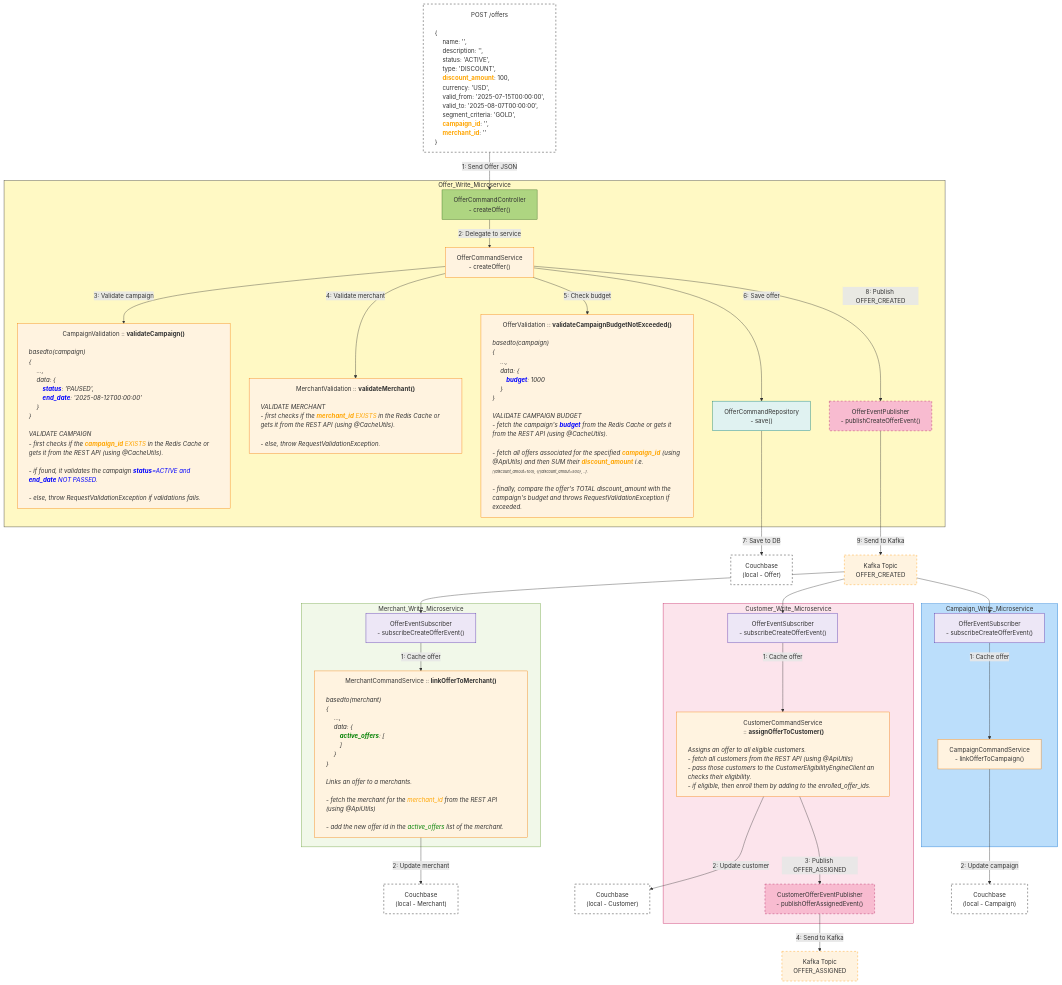
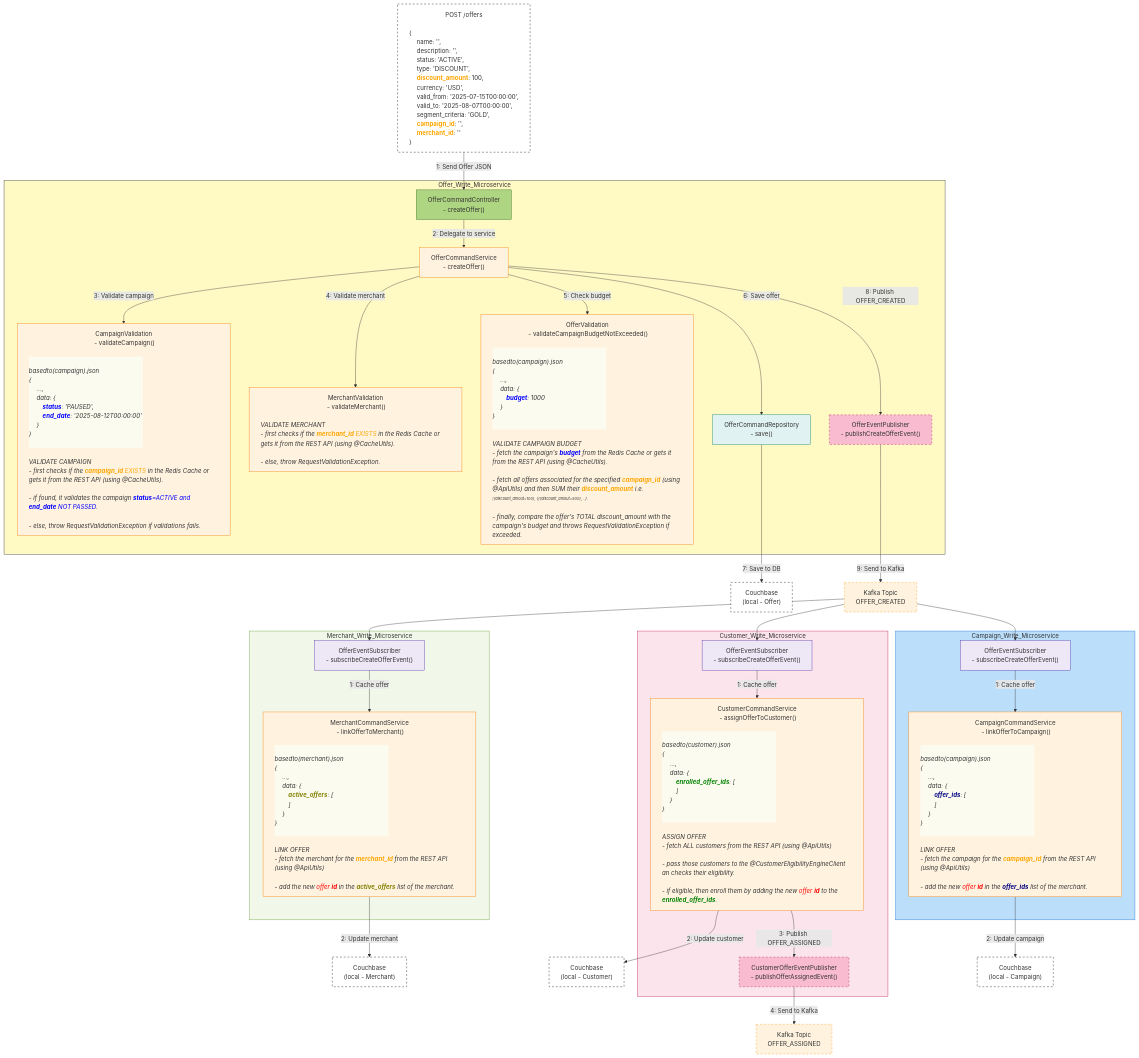
The diagram in _readme_assets/offer_create.mmd (aakashkumar1980/apps-microservices), drawn with Mermaid before and after one commit.

Commit message:
code refactor

```diff
--- a/_readme_assets/offer_create.mmd
+++ b/_readme_assets/offer_create.mmd
@@ -1,165 +1,197 @@
 %%{ init: { "flowchart": { "htmlLabels": true, "wrappingWidth": 500 } } }%%
 flowchart TD
 
 %% REST Client
     POSTMAN["POST /offers
     <div style='text-align: left'>
 {
 #emsp; name: '',
 #emsp; description: '',
 #emsp; status: 'ACTIVE',
 #emsp; type: 'DISCOUNT',
 #emsp; <font color=orange><b> discount_amount</b></font>: 100,
 #emsp; currency: 'USD',
 #emsp; valid_from: '2025-07-15T00:00:00',
 #emsp; valid_to: '2025-08-07T00:00:00',
 #emsp; segment_criteria: 'GOLD',
 #emsp; <font color=orange><b>campaign_id</b></font>: '',
 #emsp; <font color=orange><b>merchant_id</b></font>: ''
 }
 </div>
 "]:::external
 
 %% Offer Write Microservice
 subgraph Offer_Write_Microservice
 style Offer_Write_Microservice fill:#FFF9C4,stroke:#333,stroke-width:1px
 
-OCC["OfferCommandController<br>- createOffer()"]:::controller
-OCS["OfferCommandService<br>- createOffer()"]:::service
+OCC["OfferCommandController<br> - createOffer()"]:::controller
+OCS["OfferCommandService<br> - createOffer()"]:::service
 
-CV["CampaignValidation :: <b>validateCampaign()</b>
+CV["CampaignValidation<br> - validateCampaign()
 <div style='text-align:left; font-style: italic;'>
-basedto(campaign)
+<div style='background-color:rgb(252, 251, 240); width:300px;'>
+basedto(campaign).json
 {
 #emsp; ...,
 #emsp; data: {
 #emsp;#emsp; <font color=blue><b>status</b></font>: 'PAUSED',
 #emsp;#emsp; <font color=blue><b>end_date</b></font>: '2025-08-12T00:00:00'
 #emsp; }
 }<br>
+</div>
 VALIDATE CAMPAIGN
 - first checks if the <font color=orange><b>campaign_id</b> EXISTS</font> in the Redis Cache or gets it from the REST API (using @CacheUtils).<br>
 - if found, it validates the campaign <font color=blue><b>status</b>=ACTIVE and <b>end_date</b> NOT PASSED</font>.<br>
 - else, throw RequestValidationException if validations fails.
 </div>
 "]:::service
 
-MV["MerchantValidation :: <b>validateMerchant()</b>
+MV["MerchantValidation<br> - validateMerchant()
 <div style='text-align:left; font-style: italic;'>
 VALIDATE MERCHANT
 - first checks if the <font color=orange><b>merchant_id</b> EXISTS</font> in the Redis Cache or gets it from the REST API (using @CacheUtils).<br>
 - else, throw RequestValidationException.
 </div>
 "]:::service
 
-OV["OfferValidation :: <b>validateCampaignBudgetNotExceeded()</b>
+OV["OfferValidation<br> - validateCampaignBudgetNotExceeded()
 <div style='text-align:left; font-style: italic;'>
-basedto(campaign)
+<div style='background-color:rgb(252, 251, 240); width:300px;'>
+basedto(campaign).json
 {
 #emsp; ...,
 #emsp; data: {
 #emsp;#emsp; <font color=blue><b>budget</b></font>: 1000
 #emsp; }
 }<br>
+</div>
 VALIDATE CAMPAIGN BUDGET
 - fetch the campaign's <font color=blue><b>budget</b></font> from the Redis Cache or gets it from the REST API (using @CacheUtils).<br>
 - fetch all offers associated for the specified <font color=orange><b>campaign_id</b></font> (using @ApiUtils) and then SUM their <font color=orange><b>discount_amount</b></font> i.e. <font size=1.5em>[{discount_amout=100}, {[{discount_amout=500}, ..].</font><br>
 - finally, compare the offer's TOTAL discount_amount with the campaign's budget and throws RequestValidationException if exceeded.
 </div>
 "]:::service
 
-OCR["OfferCommandRepository<br>- save()"]:::repository
-OEP["OfferEventPublisher<br>- publishCreateOfferEvent()"]:::event
+OCR["OfferCommandRepository<br> - save()"]:::repository
+OEP["OfferEventPublisher<br> - publishCreateOfferEvent()"]:::event
 end
 
 %% Merchant Subscriber
 subgraph Merchant_Write_Microservice
 style Merchant_Write_Microservice fill:#F1F8E9,stroke:#689F38,stroke-width:1px
 
-MES["OfferEventSubscriber<br>- subscribeCreateOfferEvent()"]:::subscriber
-MC["MerchantCommandService :: <b>linkOfferToMerchant()</b>
+MES["OfferEventSubscriber<br> - subscribeCreateOfferEvent()"]:::subscriber
+MC["MerchantCommandService<br> - linkOfferToMerchant()
 <div style='text-align:left; font-style: italic;'>
-basedto(merchant)
+<div style='background-color:rgb(252, 251, 240); width:300px;'>
+basedto(merchant).json
 {
 #emsp; ...,
 #emsp; data: {
-#emsp;#emsp; <font color=green><b>active_offers</b></font>: [
+#emsp;#emsp; <font color=olive><b>active_offers</b></font>: [
 #emsp;#emsp; ]
 #emsp; }
 }<br>
-Links an offer to a merchants.<br>
-- fetch the merchant for the <font color=orange>merchant_id</font> from the REST API (using @ApiUtils)<br>
-- add the new offer id in the <font color=green>active_offers</font> list of the merchant.
+</div>
+LINK OFFER
+- fetch the merchant for the <font color=orange><b>merchant_id</b></font> from the REST API (using @ApiUtils)<br>
+- add the new <font color=red>offer <b>id</b></font> in the <font color=olive><b>active_offers</b></font> list of the merchant.
 </div>
 "]:::service
 end
 
 %% Customer Subscriber
 subgraph Customer_Write_Microservice
 style Customer_Write_Microservice fill:#FCE4EC,stroke:#C2185B,stroke-width:1px
 
-CES["OfferEventSubscriber<br>- subscribeCreateOfferEvent()"]:::subscriber
+CES["OfferEventSubscriber<br> - subscribeCreateOfferEvent()"]:::subscriber
 
-CC["CustomerCommandService<br> :: <b>assignOfferToCustomer()</b>
+CC["CustomerCommandService<br> - assignOfferToCustomer()</b>
 <div style='text-align:left; font-style: italic;'>
-Assigns an offer to all eligible customers.
-- fetch all customers from the REST API (using @ApiUtils)
-- pass those customers to the CustomerEligibilityEngineClient an checks their eligibility.
-- if eligible, then enroll them by adding to the enrolled_offer_ids.
+<div style='background-color:rgb(252, 251, 240); width:300px;'>
+basedto(customer).json
+{
+#emsp; ...,
+#emsp; data: {
+#emsp;#emsp; <font color=green><b>enrolled_offer_ids</b></font>: [
+#emsp;#emsp; ]
+#emsp; }
+}<br>
+</div>
+ASSIGN OFFER
+- fetch ALL customers from the REST API (using @ApiUtils)<br>
+- pass those customers to the @CustomerEligibilityEngineClient an checks their eligibility.<br>
+- if eligible, then enroll them by adding the new <font color=red>offer <b>id</b></font> to the <font color=green><b>enrolled_offer_ids</b></font>.
 </div>
 "]:::service
 
-CEP["CustomerOfferEventPublisher<br>- publishOfferAssignedEvent()"]:::event
+CEP["CustomerOfferEventPublisher<br> - publishOfferAssignedEvent()"]:::event
 end
 
 %% Campaign Subscriber
 subgraph Campaign_Write_Microservice
 style Campaign_Write_Microservice fill:#BBDEFB,stroke:#1976D2,stroke-width:1px
 
-CAS["OfferEventSubscriber<br>- subscribeCreateOfferEvent()"]:::subscriber
-CCS["CampaignCommandService<br>- linkOfferToCampaign()"]:::service
+CAS["OfferEventSubscriber<br> - subscribeCreateOfferEvent()"]:::subscriber
+CCS["CampaignCommandService<br> - linkOfferToCampaign()
+<div style='text-align:left; font-style:italic;'>
+<div style='background-color:rgb(252, 251, 240); width:300px;'>
+basedto(campaign).json
+{
+#emsp; ...,
+#emsp; data: {
+#emsp;#emsp; <font color=navy><b>offer_ids</b></font>: [
+#emsp;#emsp; ]
+#emsp; }
+}<br>
+</div>
+LINK OFFER
+- fetch the campaign for the <font color=orange><b>campaign_id</b></font> from the REST API (using @ApiUtils)<br>
+- add the new <font color=red>offer <b>id</b></font> in the <font color=navy><b>offer_ids</b></font> list of the merchant.
+</div>
+"]:::service
 end
 
 %% External Systems
 COUCHBASE_OFFER["Couchbase<br>(local - Offer)"]:::external
 COUCHBASE_MERCHANT["Couchbase<br>(local - Merchant)"]:::external
 COUCHBASE_CUSTOMER["Couchbase<br>(local - Customer)"]:::external
 COUCHBASE_CAMPAIGN["Couchbase<br>(local - Campaign)"]:::external
 KAFKA1["Kafka Topic<br>OFFER_CREATED"]:::kafka
 KAFKA2["Kafka Topic<br>OFFER_ASSIGNED"]:::kafka
 
 %% Flow Steps (Main Command Flow)
 POSTMAN -->|1: Send Offer JSON| OCC
 OCC -->|2: Delegate to service| OCS
 OCS -->|3: Validate campaign| CV
 OCS -->|4: Validate merchant| MV
 OCS -->|5: Check budget| OV
 OCS -->|6: Save offer| OCR
 OCR -->|7: Save to DB| COUCHBASE_OFFER
 OCS -->|8: Publish OFFER_CREATED| OEP
 OEP -->|9: Send to Kafka| KAFKA1
 
 %% Subscriptions via Kafka OFFER_CREATED
 KAFKA1 --> MES
 MES -->|1: Cache offer| MC
 MC -->|2: Update merchant| COUCHBASE_MERCHANT
 
 KAFKA1 --> CES
 CES -->|1: Cache offer| CC
 CC -->|2: Update customer| COUCHBASE_CUSTOMER
 CC -->|3: Publish OFFER_ASSIGNED| CEP
 CEP -->|4: Send to Kafka| KAFKA2
 
 KAFKA1 --> CAS
 CAS -->|1: Cache offer| CCS
 CCS -->|2: Update campaign| COUCHBASE_CAMPAIGN
 
 %% Styling
 classDef controller fill:#AED581,stroke:#33691E,stroke-width:1px;
 classDef service fill:#FFF3E0,stroke:#F57C00,stroke-width:1px;
 classDef repository fill:#E0F2F1,stroke:#00796B,stroke-width:1px;
 classDef util fill:#E1BEE7,stroke:#6A1B9A,stroke-width:1px;
 classDef event fill:#F8BBD0,stroke:#AD1457,stroke-width:1px,stroke-dasharray: 5 5;
 classDef subscriber fill:#EDE7F6,stroke:#512DA8,stroke-width:1px;
 classDef external fill:#FFFFFF,stroke:#000,stroke-width:1px,stroke-dasharray: 5 5;
 classDef kafka fill:#FFF3E0,stroke:#FF9800,stroke-width:1px,stroke-dasharray: 5 5;
```
